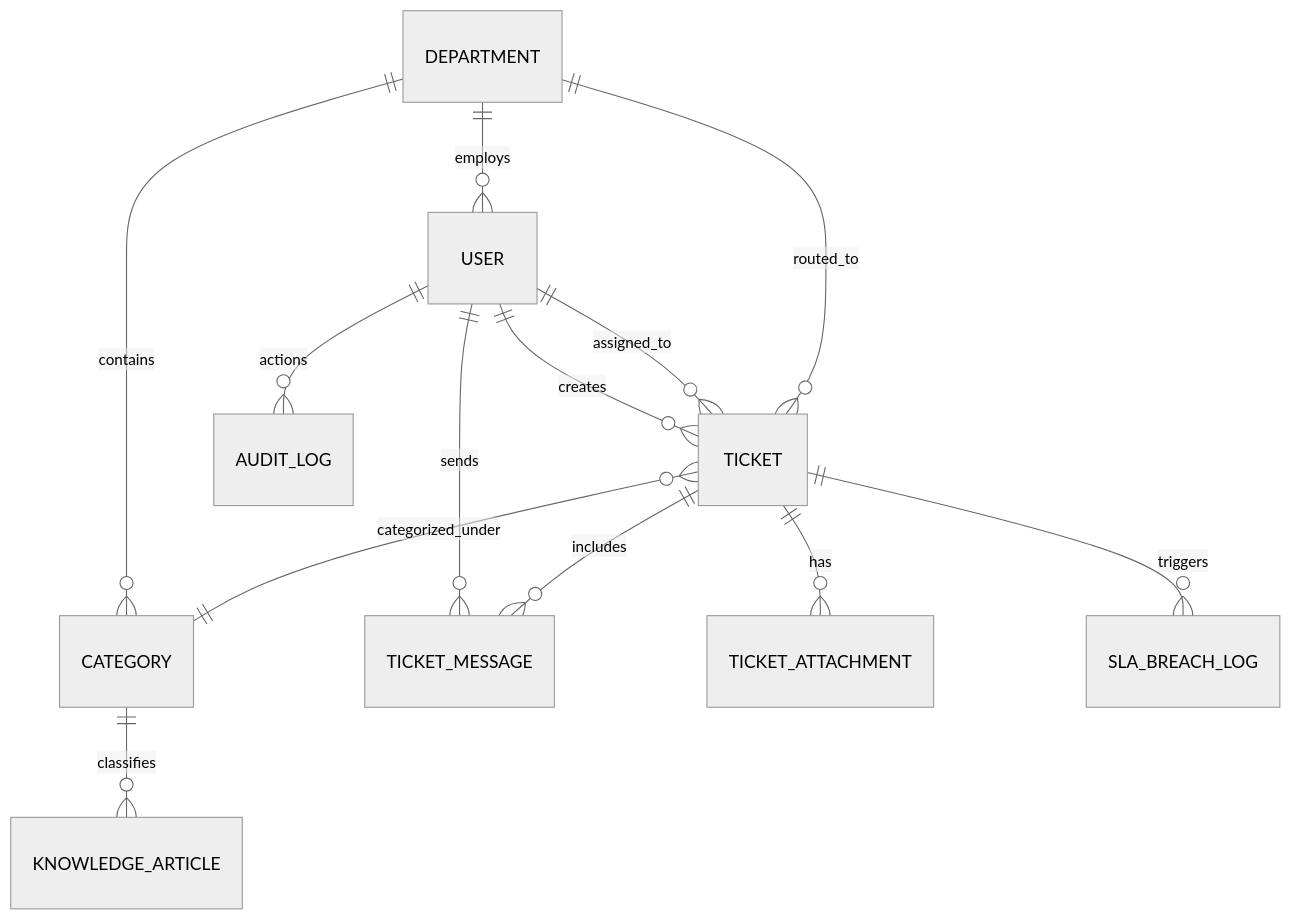
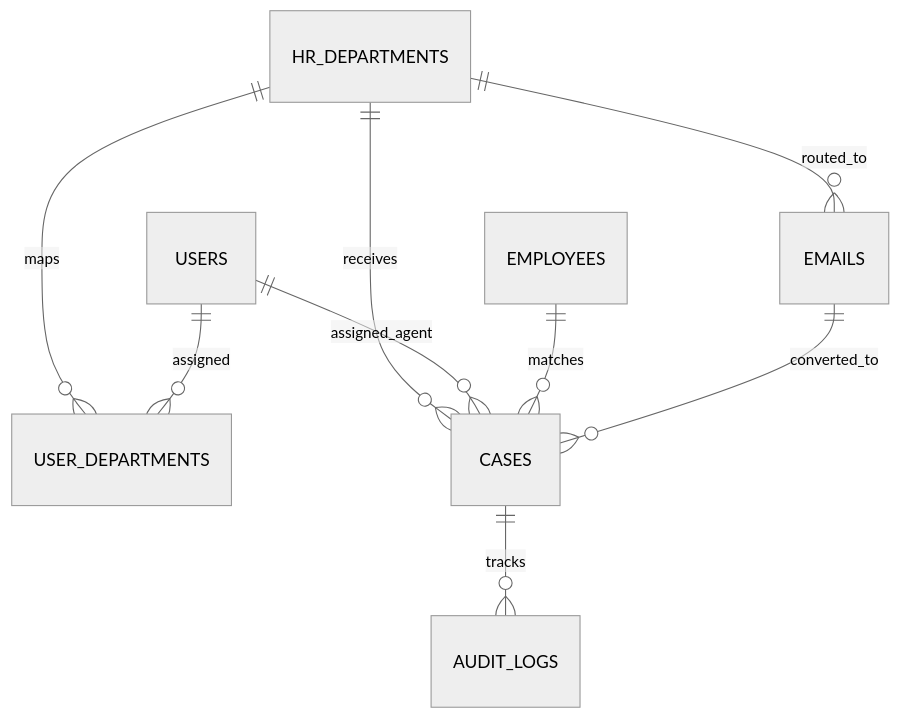
One commit to nunux365-bit/1MG-HR changed the diagram in docs/DATABASE.md. Above: the diagram before and after it, drawn with Mermaid (neutral theme). The commit also changed other lines of this file and 23 other files, not shown here.

````diff
--- a/docs/DATABASE.md
+++ b/docs/DATABASE.md
@@ -8,15 +8,11 @@
 ```mermaid
 erDiagram
-    DEPARTMENT ||--o{ CATEGORY : contains
-    DEPARTMENT ||--o{ USER : employs
-    USER ||--o{ TICKET : creates
-    USER ||--o{ TICKET : assigned_to
-    USER ||--o{ TICKET_MESSAGE : sends
-    TICKET ||--o{ TICKET_MESSAGE : includes
-    TICKET ||--o{ TICKET_ATTACHMENT : has
-    TICKET }o--|| CATEGORY : categorized_under
-    TICKET }o--|| DEPARTMENT : routed_to
-    CATEGORY ||--o{ KNOWLEDGE_ARTICLE : classifies
-    TICKET ||--o{ SLA_BREACH_LOG : triggers
-    USER ||--o{ AUDIT_LOG : actions
+    HR_DEPARTMENTS ||--o{ USER_DEPARTMENTS : maps
+    USERS ||--o{ USER_DEPARTMENTS : assigned
+    HR_DEPARTMENTS ||--o{ CASES : receives
+    USERS ||--o{ CASES : assigned_agent
+    CASES ||--o{ AUDIT_LOGS : tracks
+    EMPLOYEES ||--o{ CASES : matches
+    EMAILS ||--o{ CASES : converted_to
+    HR_DEPARTMENTS ||--o{ EMAILS : routed_to
 ```
````
